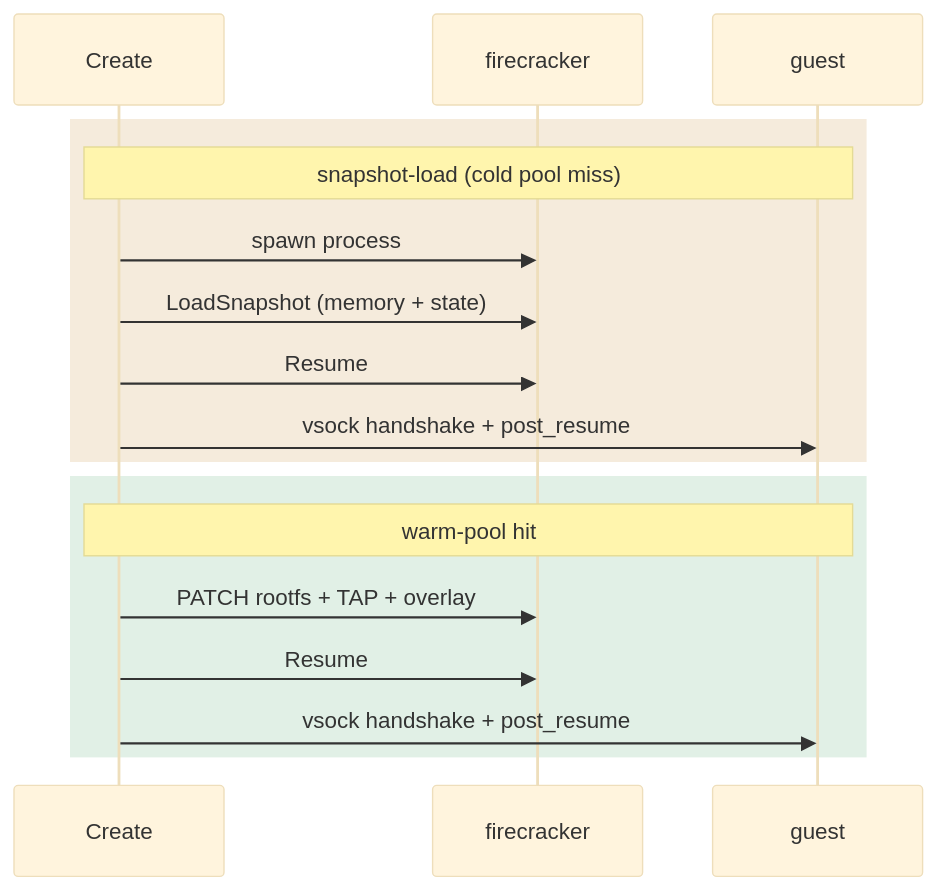
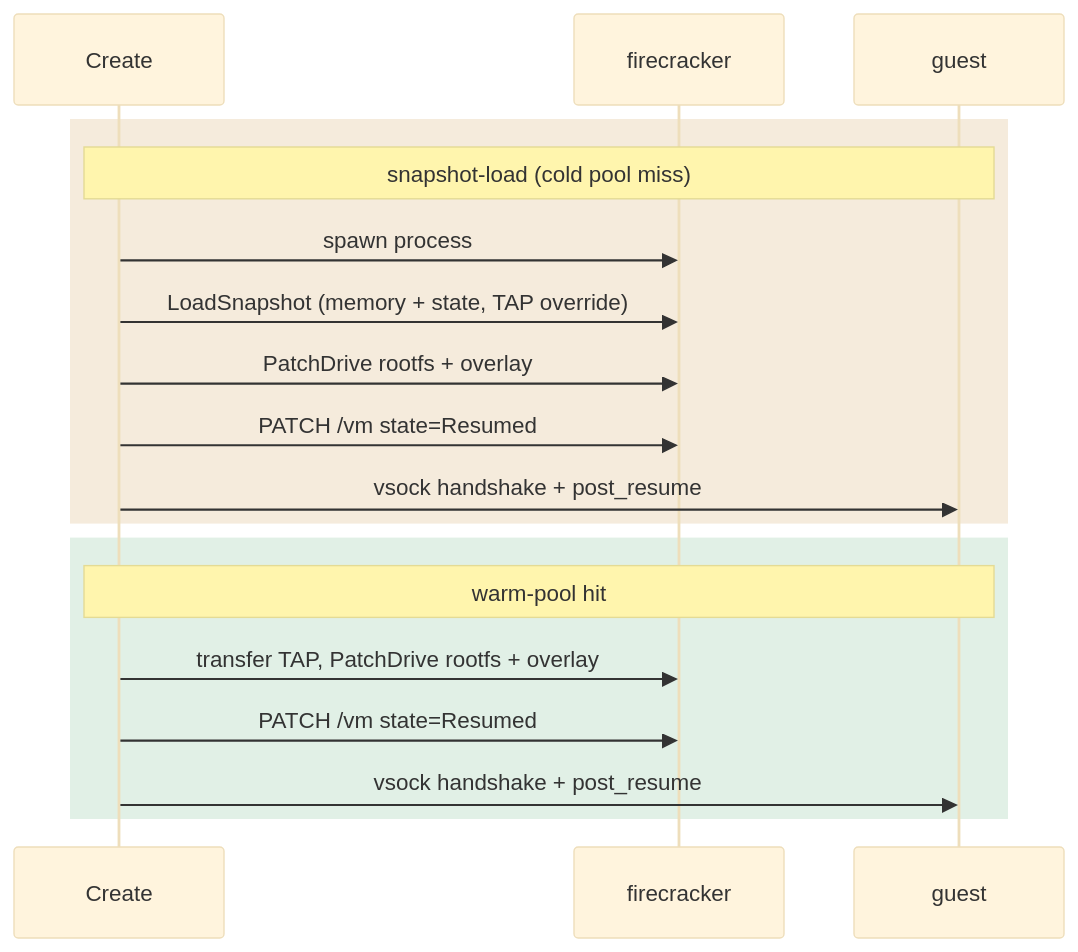
One commit to aerol-ai/microvm changed the fourth of 6 diagrams in docs/src/content/docs/firecracker-hydration.mdx. Above: the diagram before and after it, drawn with Mermaid (base theme). The commit also changed other lines of this file and 85 other files, not shown here.

````diff
--- a/docs/src/content/docs/firecracker-hydration.mdx
+++ b/docs/src/content/docs/firecracker-hydration.mdx
@@ -125,21 +117,22 @@
 ```mermaid
 sequenceDiagram
     participant C as Create
     participant FC as firecracker
     participant G as guest
 
     rect rgb(245, 235, 220)
     Note over C,G: snapshot-load (cold pool miss)
     C->>FC: spawn process
-    C->>FC: LoadSnapshot (memory + state)
-    C->>FC: Resume
+    C->>FC: LoadSnapshot (memory + state, TAP override)
+    C->>FC: PatchDrive rootfs + overlay
+    C->>FC: PATCH /vm state=Resumed
     C->>G: vsock handshake + post_resume
     end
 
     rect rgb(225, 240, 230)
     Note over C,G: warm-pool hit
-    C->>FC: PATCH rootfs + TAP + overlay
-    C->>FC: Resume
+    C->>FC: transfer TAP, PatchDrive rootfs + overlay
+    C->>FC: PATCH /vm state=Resumed
     C->>G: vsock handshake + post_resume
     end
 ```
````
